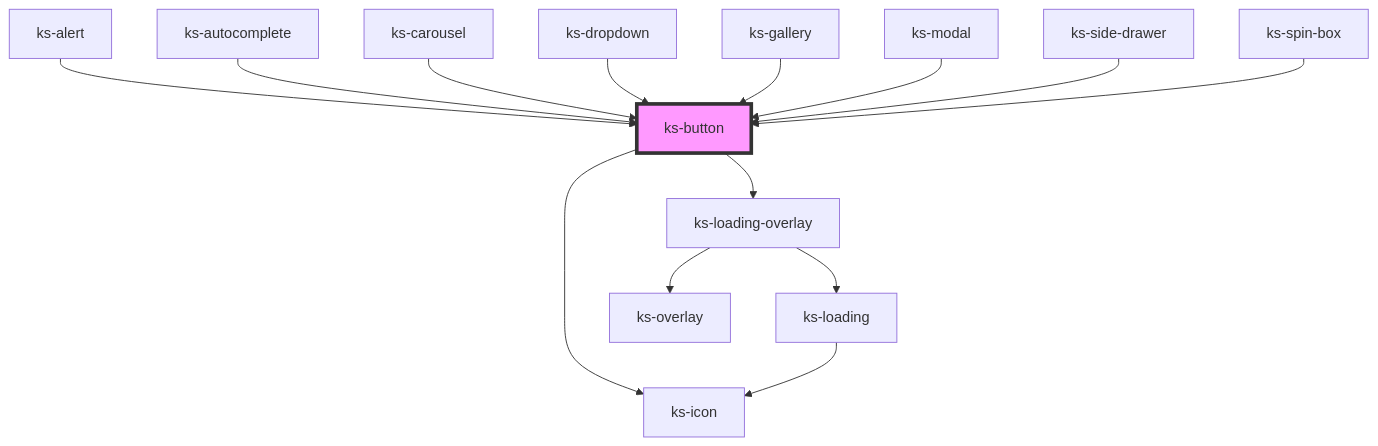
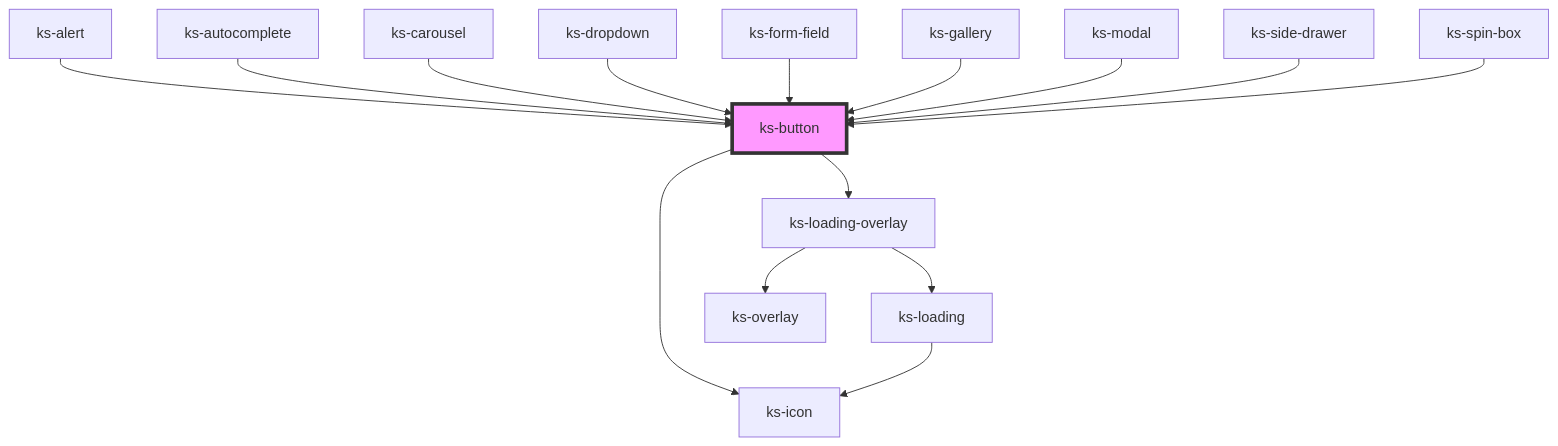
One commit to kickstand-ui/kickstand-ui changed the diagram in src/scripts/components/button/readme.md. Above: the diagram before and after it, drawn with Mermaid. The commit also changed other lines of this file and 5 other files, not shown here.

````diff
--- a/src/scripts/components/button/readme.md
+++ b/src/scripts/components/button/readme.md
@@ -52,17 +53,18 @@
 ```mermaid
 graph TD;
   ks-button --> ks-icon
   ks-button --> ks-loading-overlay
   ks-loading-overlay --> ks-overlay
   ks-loading-overlay --> ks-loading
   ks-loading --> ks-icon
   ks-alert --> ks-button
   ks-autocomplete --> ks-button
   ks-carousel --> ks-button
   ks-dropdown --> ks-button
+  ks-form-field --> ks-button
   ks-gallery --> ks-button
   ks-modal --> ks-button
   ks-side-drawer --> ks-button
   ks-spin-box --> ks-button
   style ks-button fill:#f9f,stroke:#333,stroke-width:4px
 ```
````
